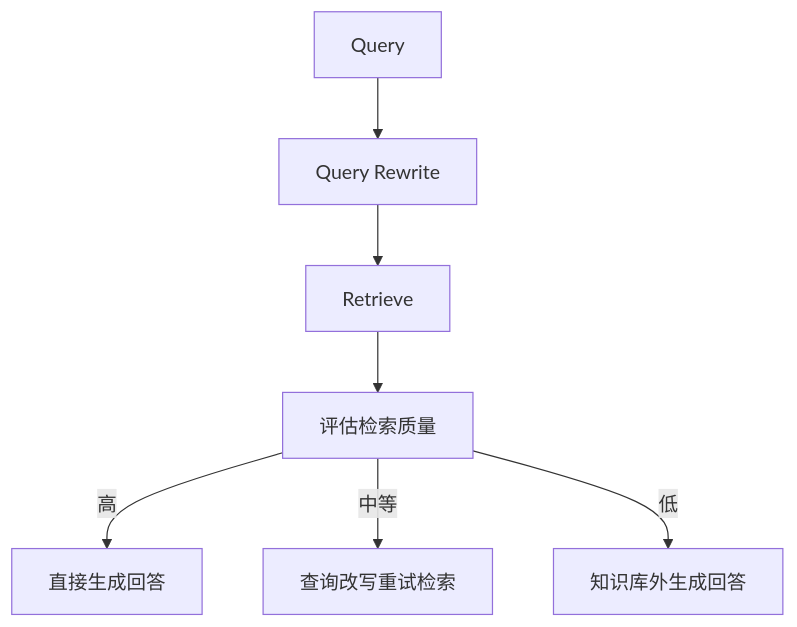
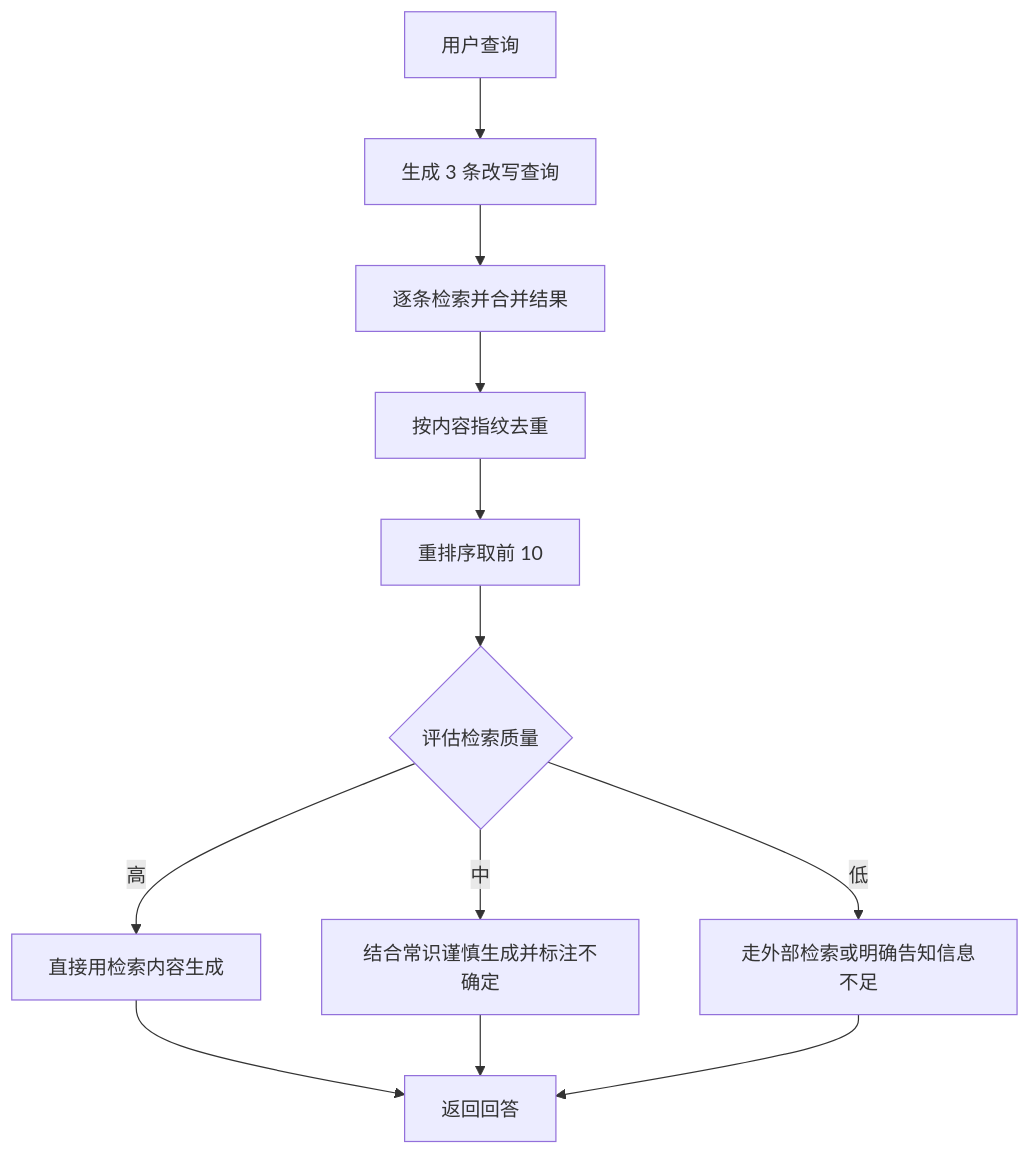
Before and after one commit to Shyu-x/frontend-interview: the sixth of 8 diagrams in docs/agent/applications/rag-agent-advanced.md, drawn with Mermaid. The commit also changed other lines of this file and 58 other files, not shown here.

````diff
--- a/docs/agent/applications/rag-agent-advanced.md
+++ b/docs/agent/applications/rag-agent-advanced.md
@@ -898,15 +1011,14 @@
 ```mermaid
 flowchart TB
-    Q["Query"] --> QR["Query Rewrite"]
-    QR --> RET["Retrieve"]
-
-    RET --> EVAL["评估检索质量"]
-
-    EVAL --> |"高"| HIGH["直接生成回答"]
-    EVAL --> |"中等"| MED["查询改写重试检索"]
-    EVAL --> |"低"| LOW["知识库外生成回答"]
-
-    class HIGH fill:#90EE90
-    class MED fill:#FFD700
-    class LOW fill:#FF6B6B
+    A["用户查询"] --> B["生成 3 条改写查询"]
+    B --> C["逐条检索并合并结果"]
+    C --> D["按内容指纹去重"]
+    D --> E["重排序取前 10"]
+    E --> F{"评估检索质量"}
+    F -->|"高"| G["直接用检索内容生成"]
+    F -->|"中"| H["结合常识谨慎生成并标注不确定"]
+    F -->|"低"| I["走外部检索或明确告知信息不足"]
+    G --> J["返回回答"]
+    H --> J
+    I --> J
 ```
````
